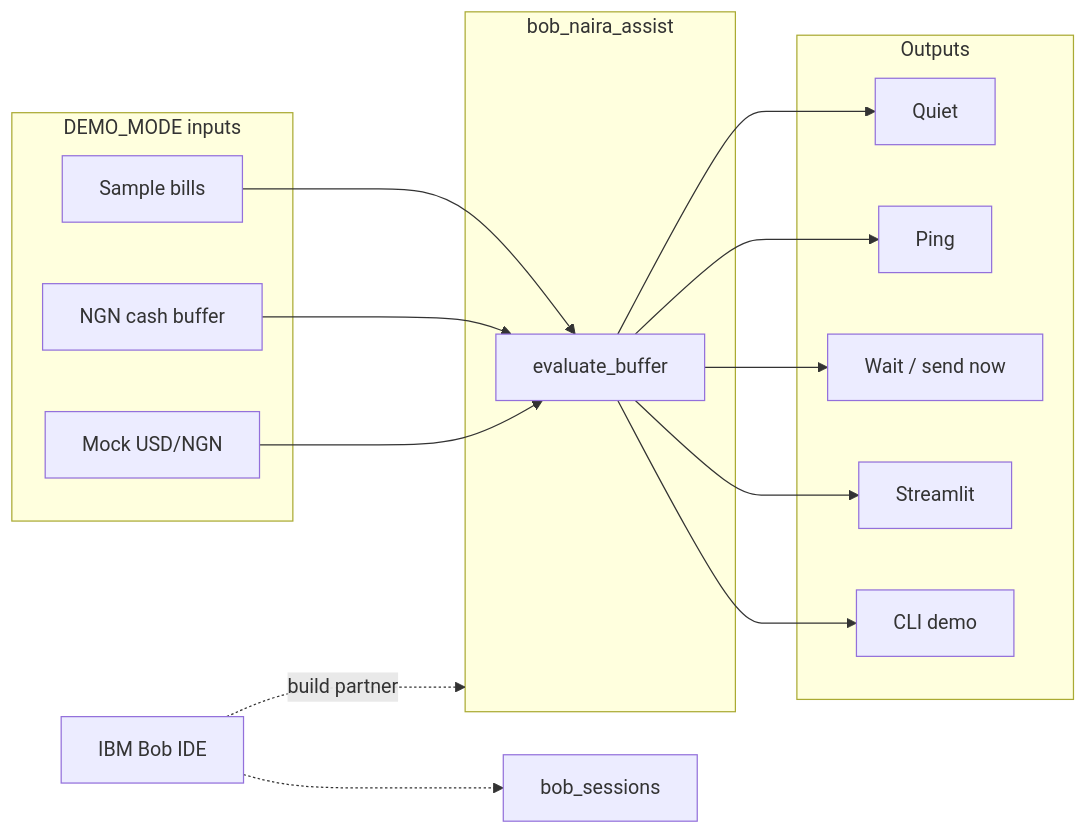
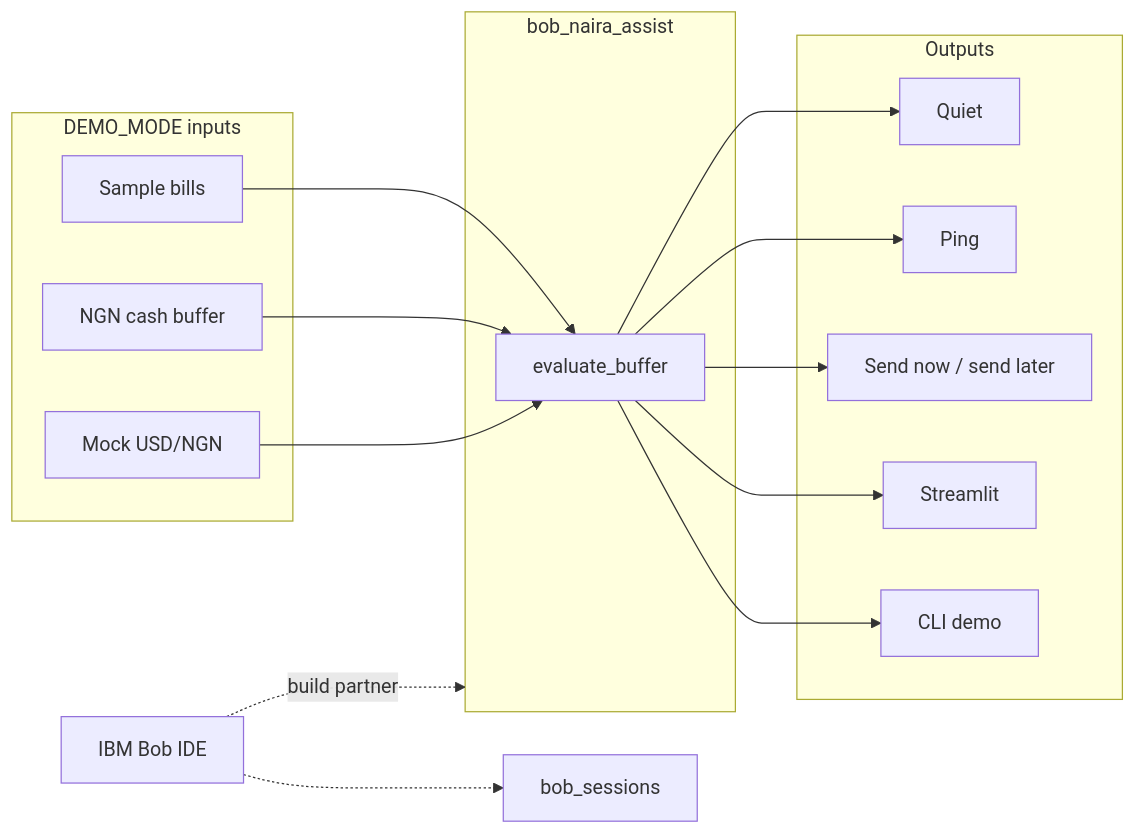
Before and after one commit to Quantumwoof/bob-naira-assist: the diagram in README.md, drawn with Mermaid. The commit also changed other lines of this file and 9 other files, not shown here.

````diff
--- a/README.md
+++ b/README.md
@@ -48,28 +48,28 @@
 ```mermaid
 flowchart LR
   subgraph inputs [DEMO_MODE inputs]
     Bills[Sample bills]
     Buffer[NGN cash buffer]
     FX[Mock USD/NGN]
   end
   subgraph core [bob_naira_assist]
     Eval[evaluate_buffer]
   end
   subgraph outs [Outputs]
     Quiet[Quiet]
     Ping[Ping]
-    Timing[Wait / send now]
+    Timing[Send now / send later]
     UI[Streamlit]
     CLI[CLI demo]
   end
   Bills --> Eval
   Buffer --> Eval
   FX --> Eval
   Eval --> Quiet
   Eval --> Ping
   Eval --> Timing
   Eval --> UI
   Eval --> CLI
   Bob[IBM Bob IDE] -.->|build partner| core
   Bob -.-> bob_sessions
 ```
````
